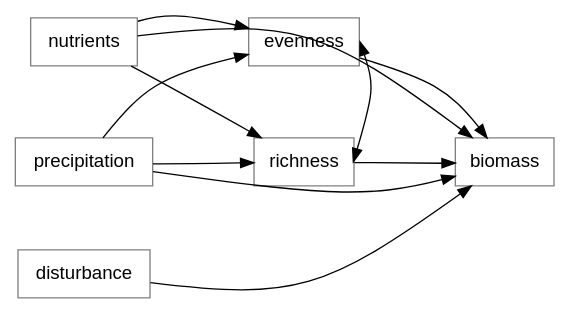
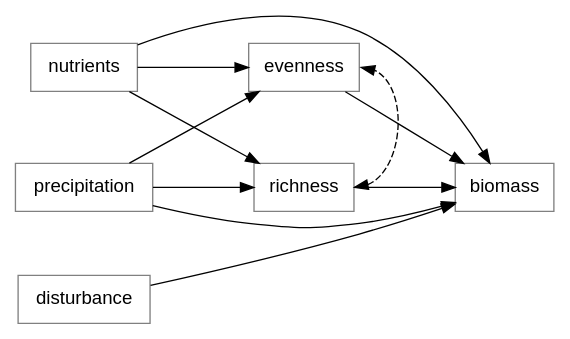
Before and after one commit to pennekampster/Swiss_SEM: diagram 25 of 27 in 5_Slides/Intro_to_SEM_part1.qmd, drawn with Graphviz. The commit also changed other lines of this file and 1 other file, not shown here.

````diff
--- a/5_Slides/Intro_to_SEM_part1.qmd
+++ b/5_Slides/Intro_to_SEM_part1.qmd
@@ -1474,33 +1484,33 @@
 ```{dot}
 //| fig-width: 6
 digraph  {
 
    # a 'graph' statement
-  graph [overlap = false, fontsize = 10, rankdir = LR, ranksep=1, splines=curved]
+  graph [overlap = false, fontsize = 10, rankdir = LR, ranksep=1]
 
   # several 'node' statements
   node [shape = box,
         fontname = Helvetica, color="gray"]
   
         evenness, richness;
         nutrients;
         disturbance;
         precipitation;
 
     nutrients->richness;
     nutrients->evenness;
-     nutrients -> biomass;
+    nutrients -> biomass;
     precipitation->richness;
     precipitation->evenness;
     disturbance -> biomass;
     precipitation -> biomass;
 
-    evenness:e-> richness:e [dir=both; minlen=3] ;
+    evenness:e-> richness:e [dir=both; minlen=3, style="dashed"] ;
 
     evenness->biomass ;
     richness->biomass ;
   
- { rank="same"; nutrients; disturbance}
+ { rank="same"; nutrients; disturbance; precipitation}
  { rank="same"; evenness; richness}
 }
 ```
````
